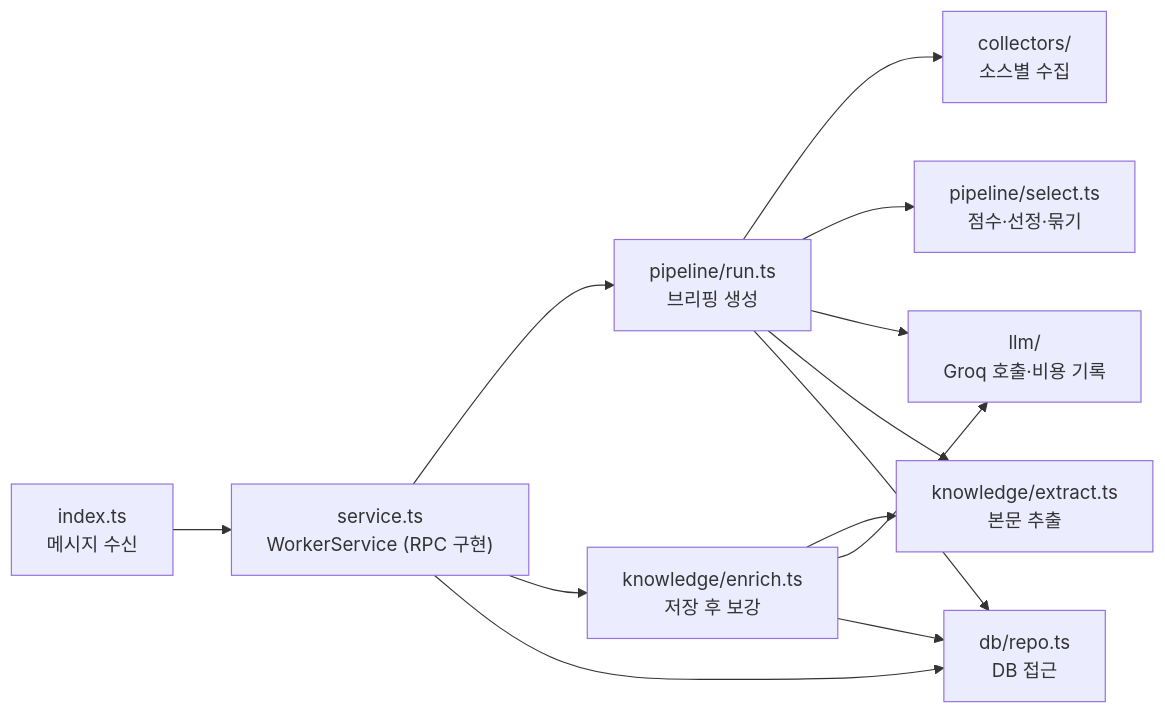
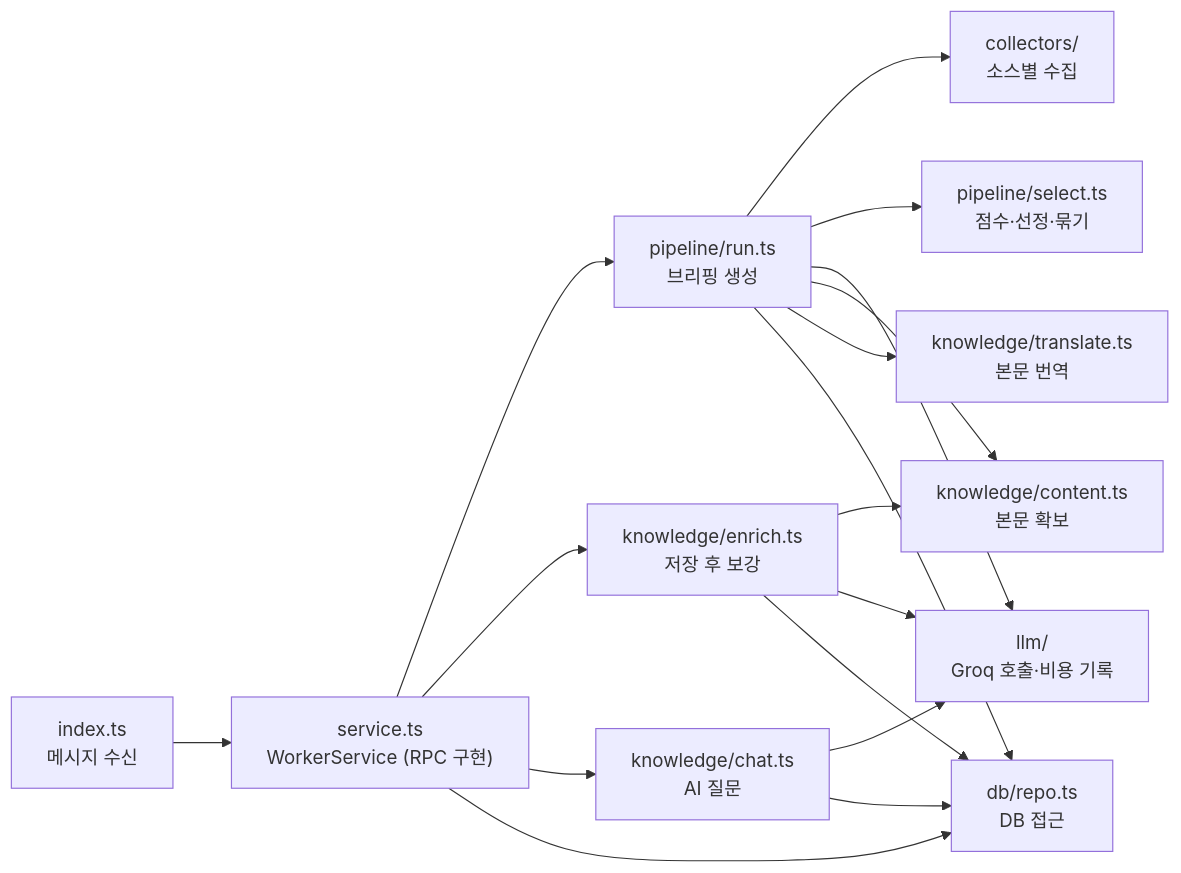
The third of 4 diagrams in docs/02-architecture.md (EPIGEXE/jogan-news), drawn with Mermaid before and after one commit. The commit also changed other lines of this file and 123 other files, not shown here.

````diff
--- a/docs/02-architecture.md
+++ b/docs/02-architecture.md
@@ -92,15 +93,19 @@
 ```mermaid
 flowchart LR
   idx["index.ts<br/>메시지 수신"] --> svc["service.ts<br/>WorkerService (RPC 구현)"]
   svc --> run["pipeline/run.ts<br/>브리핑 생성"]
   svc --> enr["knowledge/enrich.ts<br/>저장 후 보강"]
+  svc --> chat["knowledge/chat.ts<br/>AI 질문"]
+  chat --> llm
+  chat --> repo
   svc --> repo["db/repo.ts<br/>DB 접근"]
   run --> col["collectors/<br/>소스별 수집"]
   run --> sel["pipeline/select.ts<br/>점수·선정·묶기"]
   run --> llm["llm/<br/>Groq 호출·비용 기록"]
-  run --> ext["knowledge/extract.ts<br/>본문 추출"]
+  run --> ext["knowledge/content.ts<br/>본문 확보"]
+  run --> tr["knowledge/translate.ts<br/>본문 번역"]
   enr --> ext
   enr --> llm
   run --> repo
   enr --> repo
 ```
````
